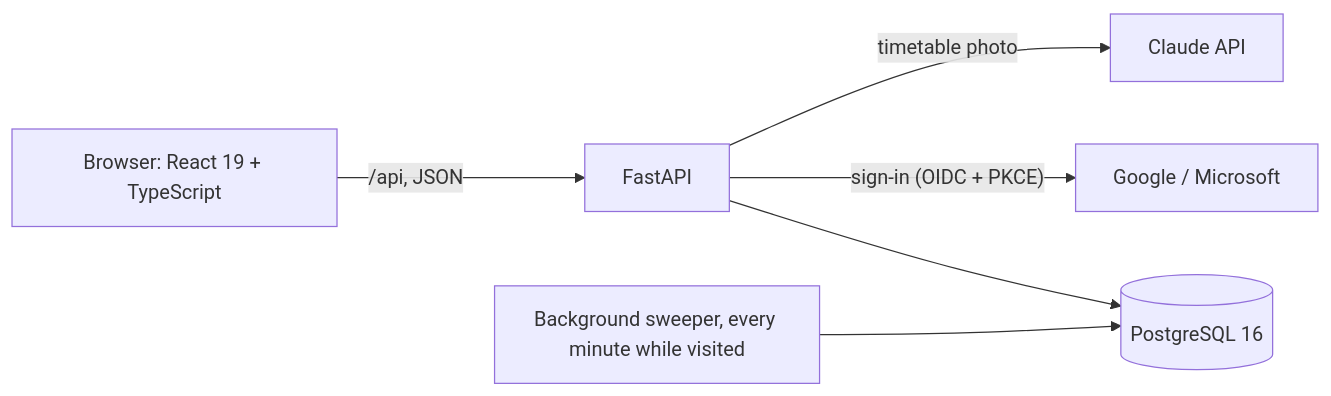
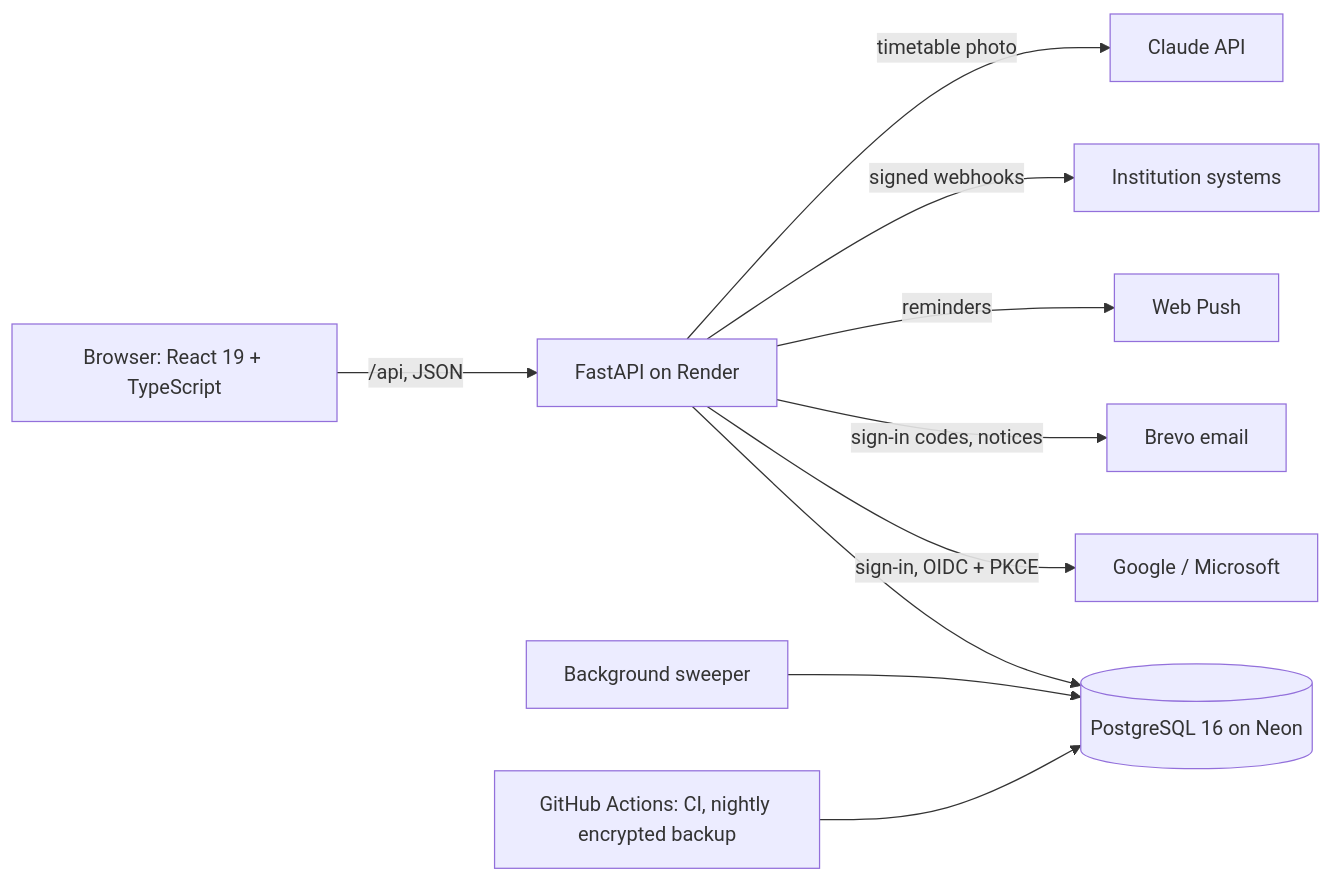
Before and after one commit to itayG11/studyspot: the diagram in README.md, drawn with Mermaid. The commit also changed other lines of this file and 2 other files, not shown here.

````diff
--- a/README.md
+++ b/README.md
@@ -50,8 +63,12 @@
 ```mermaid
 flowchart LR
-  B[Browser: React 19 + TypeScript] -- "/api, JSON" --> A[FastAPI]
-  A --> D[(PostgreSQL 16)]
-  A -- "sign-in (OIDC + PKCE)" --> I[Google / Microsoft]
+  B[Browser: React 19 + TypeScript] -- "/api, JSON" --> A[FastAPI on Render]
+  A --> D[(PostgreSQL 16 on Neon)]
+  A -- "sign-in, OIDC + PKCE" --> I[Google / Microsoft]
+  A -- "sign-in codes, notices" --> M[Brevo email]
+  A -- "reminders" --> P[Web Push]
+  A -- "signed webhooks" --> W[Institution systems]
   A -- "timetable photo" --> C[Claude API]
-  S[Background sweeper, every minute while visited] --> D
+  S[Background sweeper] --> D
+  G[GitHub Actions: CI, nightly encrypted backup] --> D
 ```
````
